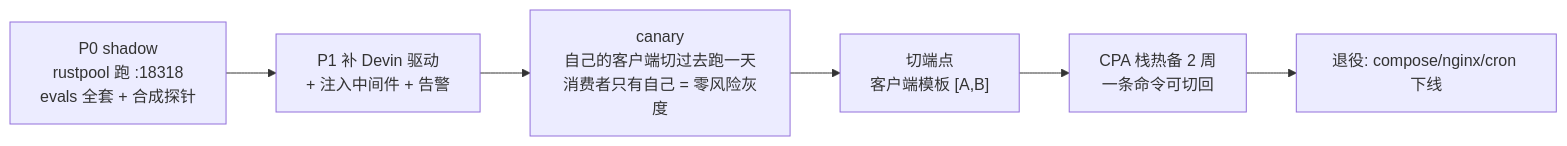
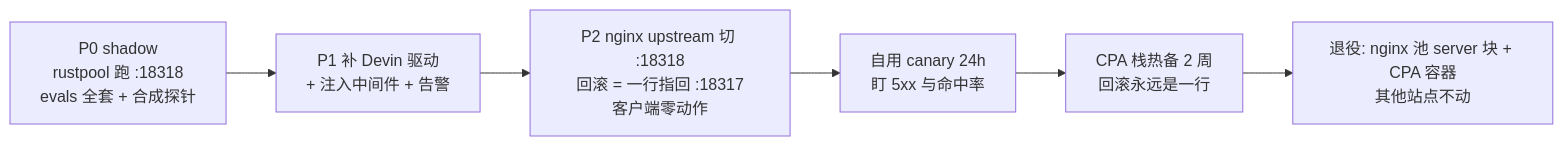
The third of 3 diagrams in docs/architecture.md (ShizkMoon/orca-ai-pool), drawn with Mermaid before and after one commit. The commit also changed other lines of this file, not shown here.

````diff
--- a/docs/architecture.md
+++ b/docs/architecture.md
@@ -185,8 +192,8 @@
 ```mermaid
 flowchart LR
     S1["P0 shadow<br/>rustpool 跑 :18318<br/>evals 全套 + 合成探针"] --> S2["P1 补 Devin 驱动<br/>+ 注入中间件 + 告警"]
-    S2 --> S3["canary<br/>自己的客户端切过去跑一天<br/>消费者只有自己 = 零风险灰度"]
-    S3 --> S4["切端点<br/>客户端模板 [A,B]"]
-    S4 --> S5["CPA 栈热备 2 周<br/>一条命令可切回"]
-    S5 --> S6["退役: compose/nginx/cron 下线"]
+    S2 --> S3["P2 nginx upstream 切 :18318<br/>回滚 = 一行指回 :18317<br/>客户端零动作"]
+    S3 --> S4["自用 canary 24h<br/>盯 5xx 与命中率"]
+    S4 --> S5["CPA 栈热备 2 周<br/>回滚永远是一行"]
+    S5 --> S6["退役: nginx 池 server 块 + CPA 容器<br/>其他站点不动"]
 ```
````
